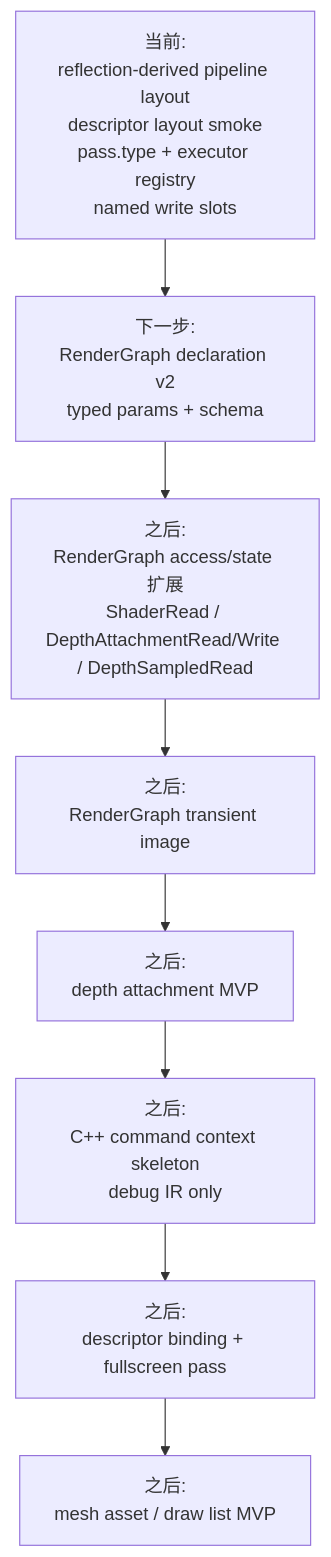
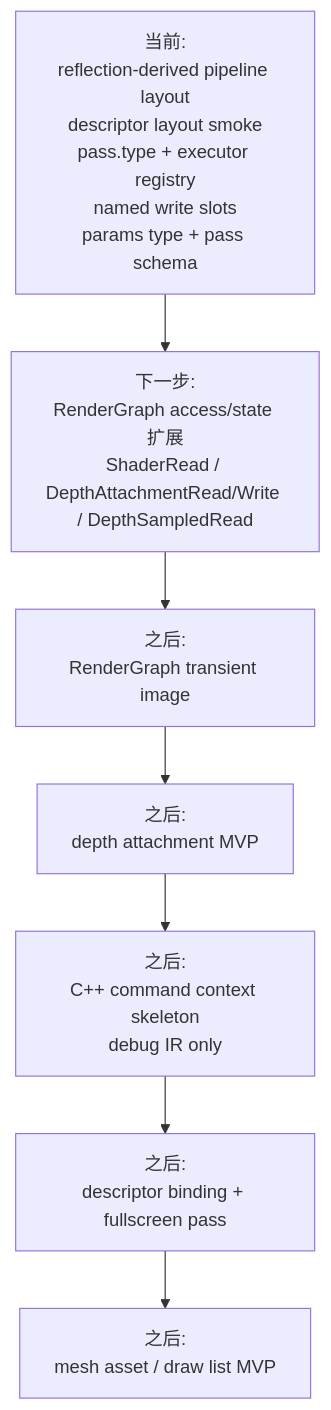
One commit to 66six11/Engine changed diagram 11 of 11 in docs/flow-architecture.md. Above: the diagram before and after it, drawn with Mermaid. The commit also changed other lines of this file and 3 other files, not shown here.

Commit message:
feat: add render graph pass schemas

````diff
--- a/docs/flow-architecture.md
+++ b/docs/flow-architecture.md
@@ -338,13 +343,12 @@
 ```mermaid
 flowchart TD
-    Now["当前:<br/>reflection-derived pipeline layout<br/>descriptor layout smoke<br/>pass.type + executor registry<br/>named write slots"]
-    Step1["下一步:<br/>RenderGraph declaration v2<br/>typed params + schema"]
-    Step2["之后:<br/>RenderGraph access/state 扩展<br/>ShaderRead / DepthAttachmentRead/Write / DepthSampledRead"]
-    Step3["之后:<br/>RenderGraph transient image"]
-    Step4["之后:<br/>depth attachment MVP"]
-    Step5["之后:<br/>C++ command context skeleton<br/>debug IR only"]
-    Step6["之后:<br/>descriptor binding + fullscreen pass"]
-    Step7["之后:<br/>mesh asset / draw list MVP"]
+    Now["当前:<br/>reflection-derived pipeline layout<br/>descriptor layout smoke<br/>pass.type + executor registry<br/>named write slots<br/>params type + pass schema"]
+    Step1["下一步:<br/>RenderGraph access/state 扩展<br/>ShaderRead / DepthAttachmentRead/Write / DepthSampledRead"]
+    Step2["之后:<br/>RenderGraph transient image"]
+    Step3["之后:<br/>depth attachment MVP"]
+    Step4["之后:<br/>C++ command context skeleton<br/>debug IR only"]
+    Step5["之后:<br/>descriptor binding + fullscreen pass"]
+    Step6["之后:<br/>mesh asset / draw list MVP"]
 
-    Now --> Step1 --> Step2 --> Step3 --> Step4 --> Step5 --> Step6 --> Step7
+    Now --> Step1 --> Step2 --> Step3 --> Step4 --> Step5 --> Step6
 ```
````
